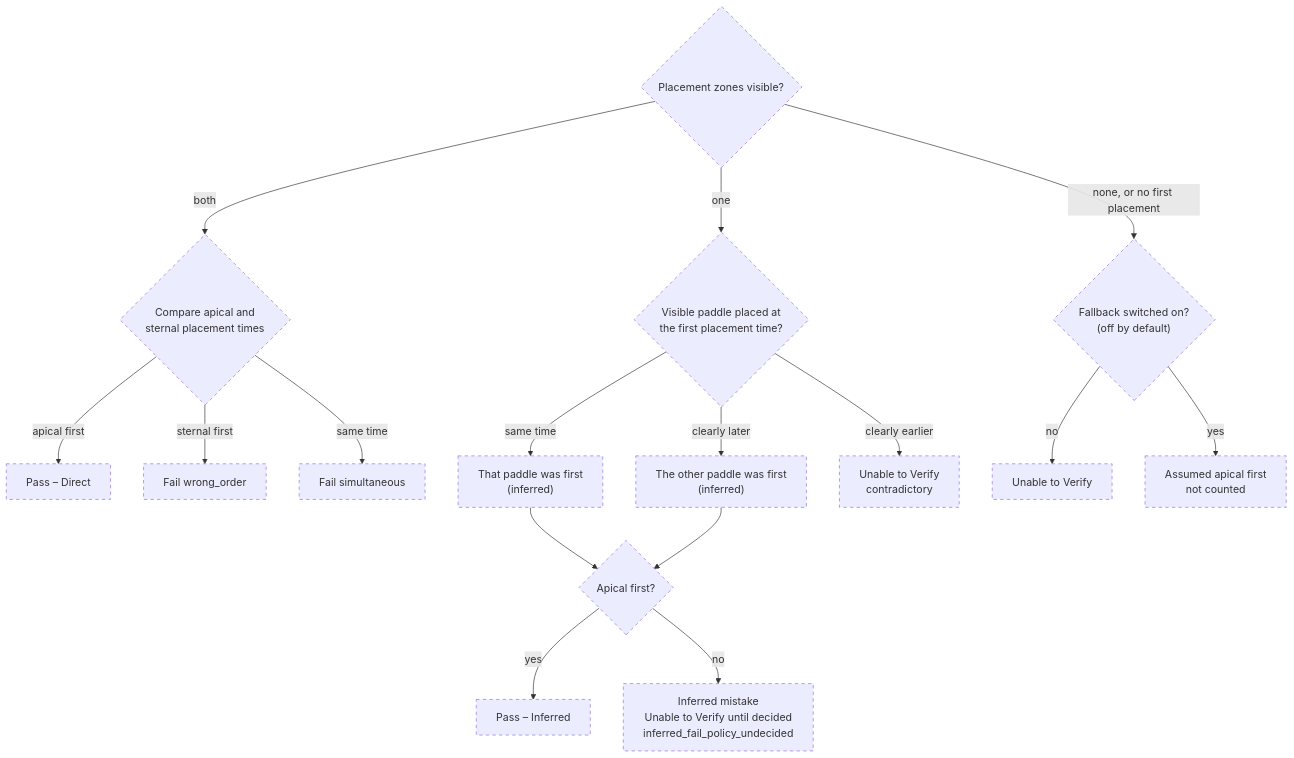
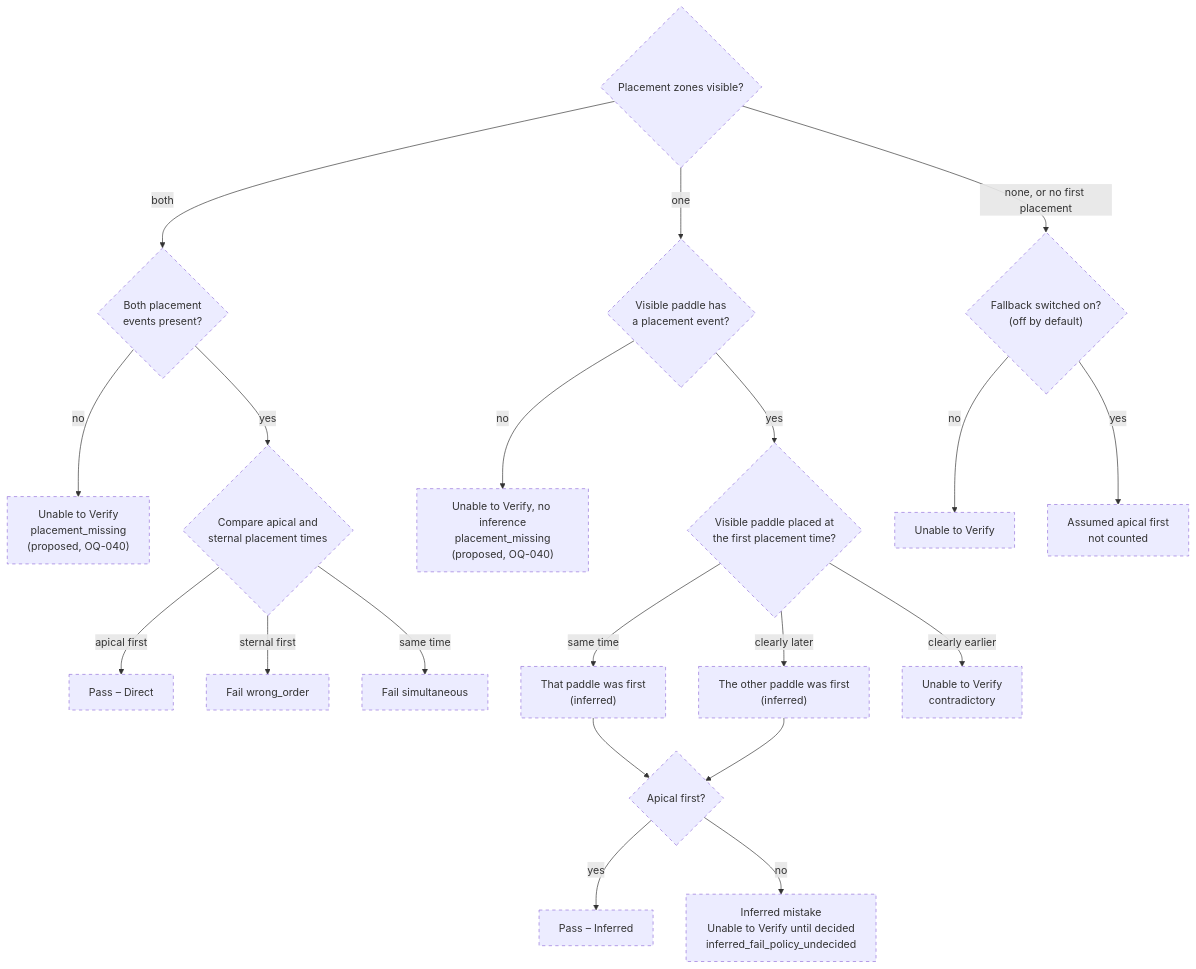
Before and after one commit to ananthu65/defibrillator_research: the seventh of 8 diagrams in docs/rule_engine/diagrams.md, drawn with Mermaid. The commit also changed other lines of this file and 10 other files, not shown here.

First line of the commit message:
fix(rules): correct documented decision logic after diagram review

````diff
--- a/docs/rule_engine/diagrams.md
+++ b/docs/rule_engine/diagrams.md
@@ -127,20 +132,24 @@
 ```mermaid
 flowchart TD
-    Z{"Placement zones visible?"} -->|both| D1{"Compare apical and<br/>sternal placement times"}
+    Z{"Placement zones visible?"} -->|both| B2{"Both placement<br/>events present?"}
+    B2 -->|no| PM1["Unable to Verify<br/>placement_missing<br/>(proposed, OQ-040)"]
+    B2 -->|yes| D1{"Compare apical and<br/>sternal placement times"}
     D1 -->|apical first| P["Pass – Direct"]
     D1 -->|sternal first| F["Fail wrong_order"]
     D1 -->|same time| FS["Fail simultaneous"]
-    Z -->|one| I{"Visible paddle placed at<br/>the first placement time?"}
+    Z -->|one| V{"Visible paddle has<br/>a placement event?"}
+    V -->|no| PM2["Unable to Verify, no inference<br/>placement_missing<br/>(proposed, OQ-040)"]
+    V -->|yes| I{"Visible paddle placed at<br/>the first placement time?"}
     I -->|same time| W1["That paddle was first<br/>(inferred)"]
     I -->|clearly later| W2["The other paddle was first<br/>(inferred)"]
     I -->|clearly earlier| C["Unable to Verify<br/>contradictory"]
     W1 --> O{"Apical first?"}
     W2 --> O
     O -->|yes| PI["Pass – Inferred"]
     O -->|no| IF["Inferred mistake<br/>Unable to Verify until decided<br/>inferred_fail_policy_undecided"]
     Z -->|none, or no first placement| N{"Fallback switched on?<br/>(off by default)"}
     N -->|no| U["Unable to Verify"]
     N -->|yes| AS["Assumed apical first<br/>not counted"]
     classDef planned stroke-dasharray: 5 5
-    class Z,D1,P,F,FS,I,W1,W2,C,O,PI,IF,N,U,AS planned
+    class Z,B2,PM1,D1,P,F,FS,V,PM2,I,W1,W2,C,O,PI,IF,N,U,AS planned
 ```
````
